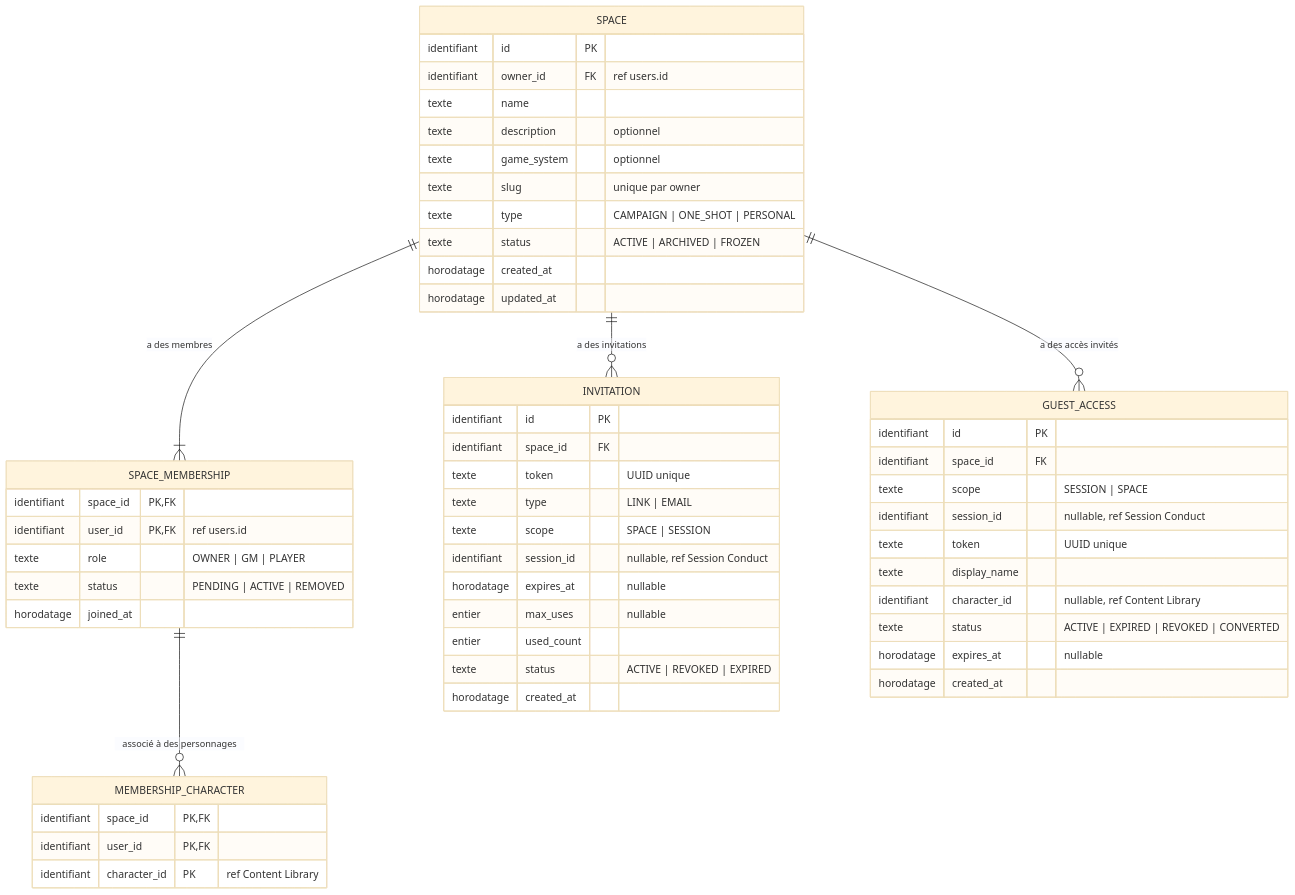
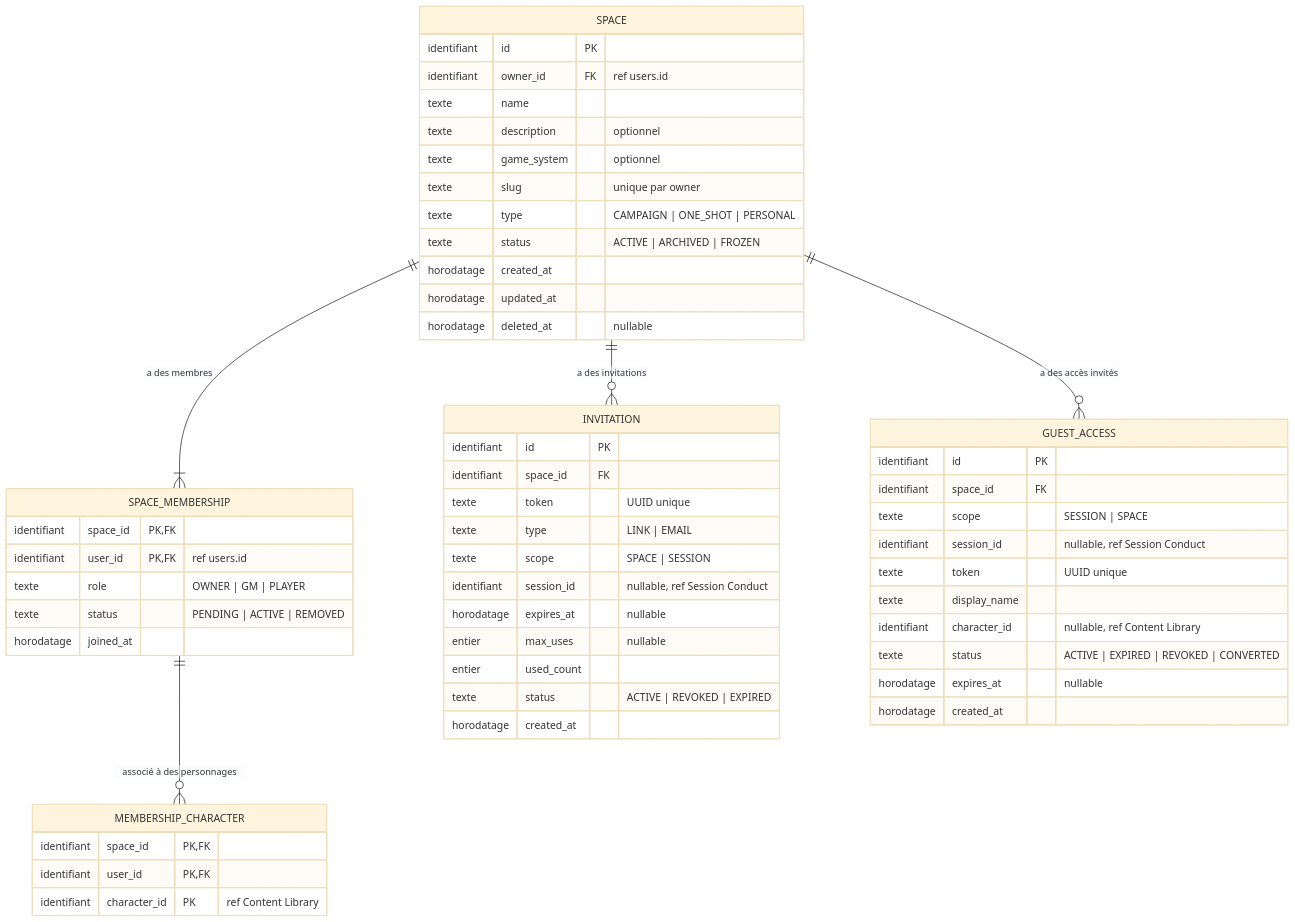
The diagram in docs/domaine/space-management/conceptual-data.md (2025-10-CDA-ECO-P6/PM-micro-saas), drawn with Mermaid (base theme) before and after one commit. The commit also changed 2 other files, not shown here.

Commit message:
docs(domaine): donne à Space la suppression logique que tout le reste suppose
kernel.md déclare SoftDelete utilisé par Space Management, le MLD porte
spaces.deleted_at, Space.Delete() existe et l'ADR-010 décrit une corbeille
de 30 jours avant la purge de l'ADR-011 ; seul le contexte (et donc ses
deux diagrammes) l'omettait. Choix : le compléter, puisque quatre sources
convergent et qu'aucune ne s'y oppose.

````diff
--- a/docs/domaine/space-management/conceptual-data.md
+++ b/docs/domaine/space-management/conceptual-data.md
@@ -5,61 +5,62 @@
 ```mermaid
 erDiagram
     SPACE {
         identifiant id PK
         identifiant owner_id FK "ref users.id"
         texte name
         texte description "optionnel"
         texte game_system "optionnel"
         texte slug "unique par owner"
         texte type "CAMPAIGN | ONE_SHOT | PERSONAL"
         texte status "ACTIVE | ARCHIVED | FROZEN"
         horodatage created_at
         horodatage updated_at
+        horodatage deleted_at "nullable"
     }
 
     SPACE_MEMBERSHIP {
         identifiant space_id PK,FK
         identifiant user_id PK,FK "ref users.id"
         texte role "OWNER | GM | PLAYER"
         texte status "PENDING | ACTIVE | REMOVED"
         horodatage joined_at
     }
 
     MEMBERSHIP_CHARACTER {
         identifiant space_id PK,FK
         identifiant user_id PK,FK
         identifiant character_id PK "ref Content Library"
     }
 
     INVITATION {
         identifiant id PK
         identifiant space_id FK
         texte token "UUID unique"
         texte type "LINK | EMAIL"
         texte scope "SPACE | SESSION"
         identifiant session_id "nullable, ref Session Conduct"
         horodatage expires_at "nullable"
         entier max_uses "nullable"
         entier used_count
         texte status "ACTIVE | REVOKED | EXPIRED"
         horodatage created_at
     }
 
     GUEST_ACCESS {
         identifiant id PK
         identifiant space_id FK
         texte scope "SESSION | SPACE"
         identifiant session_id "nullable, ref Session Conduct"
         texte token "UUID unique"
         texte display_name
         identifiant character_id "nullable, ref Content Library"
         texte status "ACTIVE | EXPIRED | REVOKED | CONVERTED"
         horodatage expires_at "nullable"
         horodatage created_at
     }
 
     SPACE ||--|{ SPACE_MEMBERSHIP : "a des membres"
     SPACE ||--o{ INVITATION : "a des invitations"
     SPACE ||--o{ GUEST_ACCESS : "a des accès invités"
     SPACE_MEMBERSHIP ||--o{ MEMBERSHIP_CHARACTER : "associé à des personnages"
 ```
````
